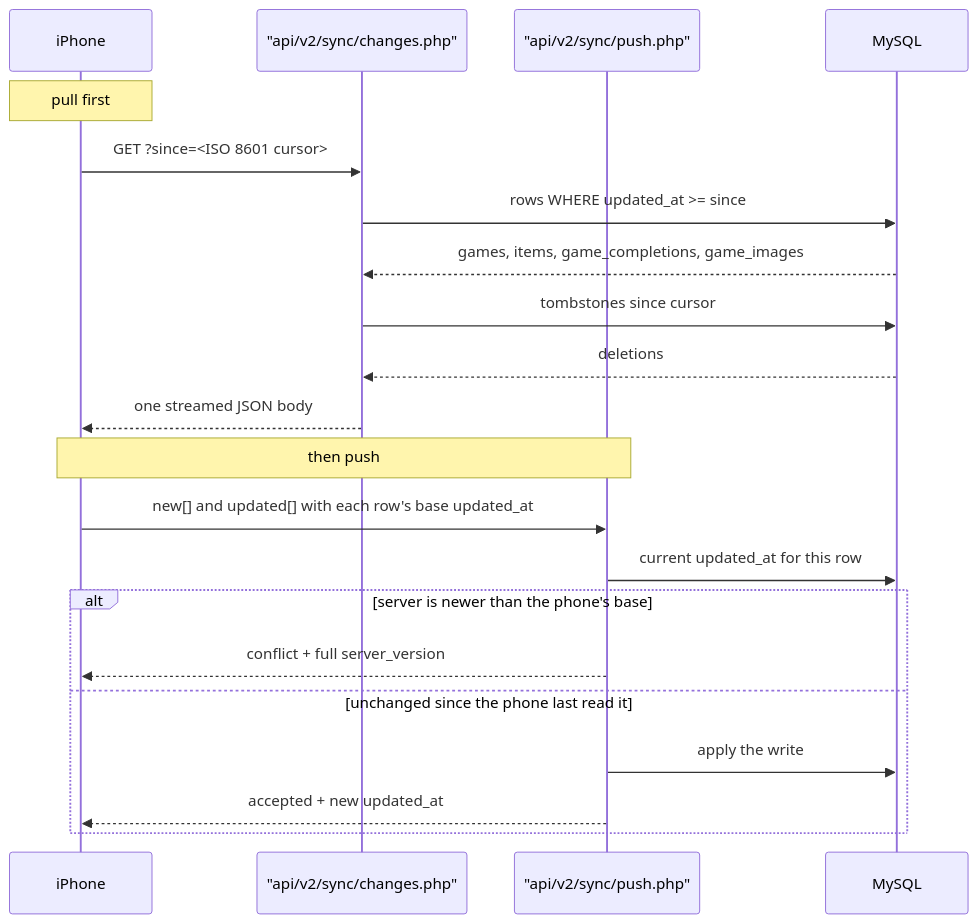
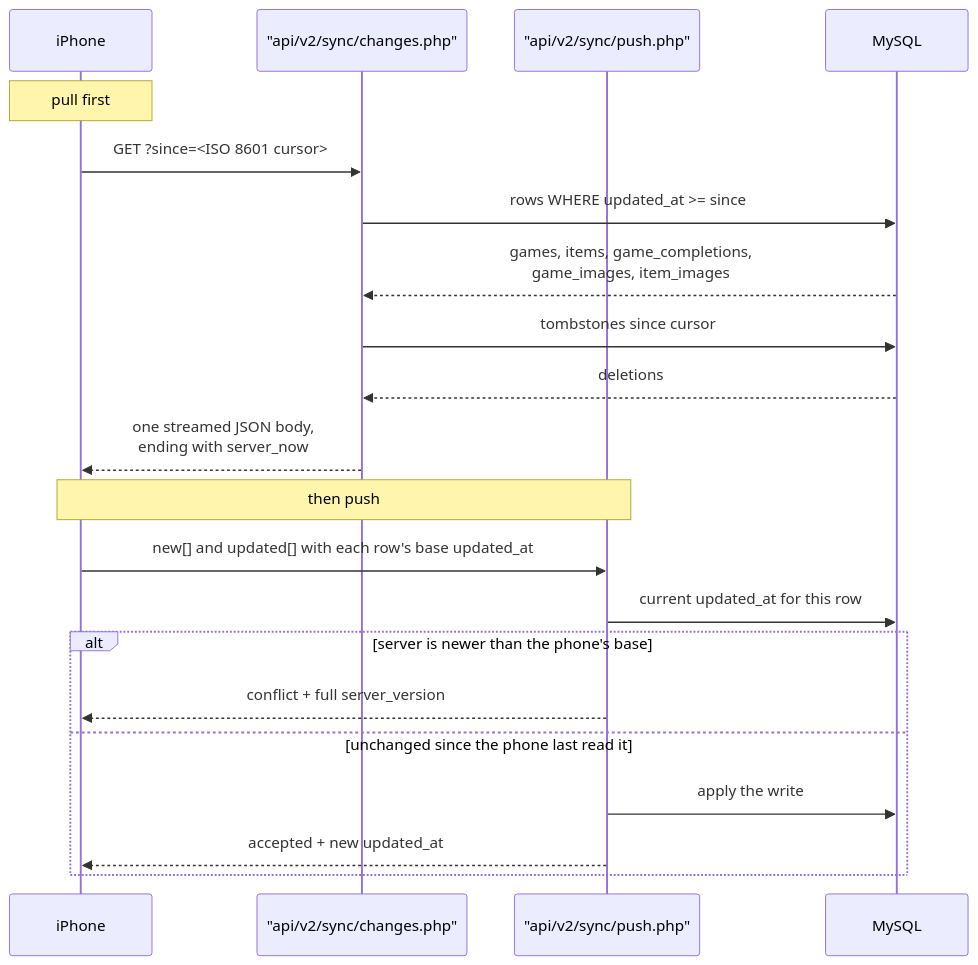
The second of 3 diagrams in docs/architecture/4-subsystems.md (CammyBlack02/gameTracker), drawn with Mermaid before and after one commit. The commit also changed other lines of this file, not shown here.

Commit message:
docs(architecture): fix diagram 8 — streamed tables and server_now cursor
Diagram 8 listed only four streamed tables (games, item, game_completions,
game_images) but api/v2/sync/changes.php:118-122 streams five — item_images was
missing. Since the diagram's own "Goes stale when" line names the set of
streamed tables as its staleness trigger, the omission made it stale on arrival.

Also add server_now to the pull response: the diagram showed the cursor being
consumed but never advanced. server_now is what the phone uses as its next
cursor, and it is emitted with whole-second precision — the other half of why
the comparison is >=, alongside MySQL's own second-precision updated_at.

````diff
--- a/docs/architecture/4-subsystems.md
+++ b/docs/architecture/4-subsystems.md
@@ -53,25 +53,25 @@
 ```mermaid
 sequenceDiagram
     participant P as iPhone
     participant C as "api/v2/sync/changes.php"
     participant U as "api/v2/sync/push.php"
     participant DB as MySQL
 
     Note over P: pull first
     P->>C: GET ?since=<ISO 8601 cursor>
     C->>DB: rows WHERE updated_at >= since
-    DB-->>C: games, items, game_completions, game_images
+    DB-->>C: games, items, game_completions,<br/>game_images, item_images
     C->>DB: tombstones since cursor
     DB-->>C: deletions
-    C-->>P: one streamed JSON body
+    C-->>P: one streamed JSON body,<br/>ending with server_now
 
     Note over P,U: then push
     P->>U: new[] and updated[] with each row's base updated_at
     U->>DB: current updated_at for this row
     alt server is newer than the phone's base
         U-->>P: conflict + full server_version
     else unchanged since the phone last read it
         U->>DB: apply the write
         U-->>P: accepted + new updated_at
     end
 ```
````
